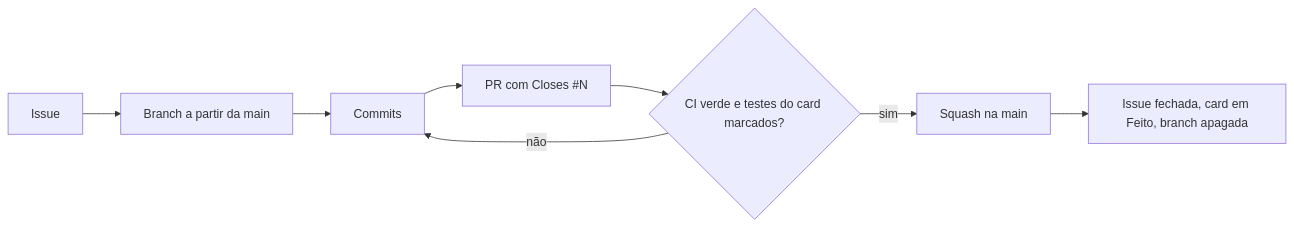
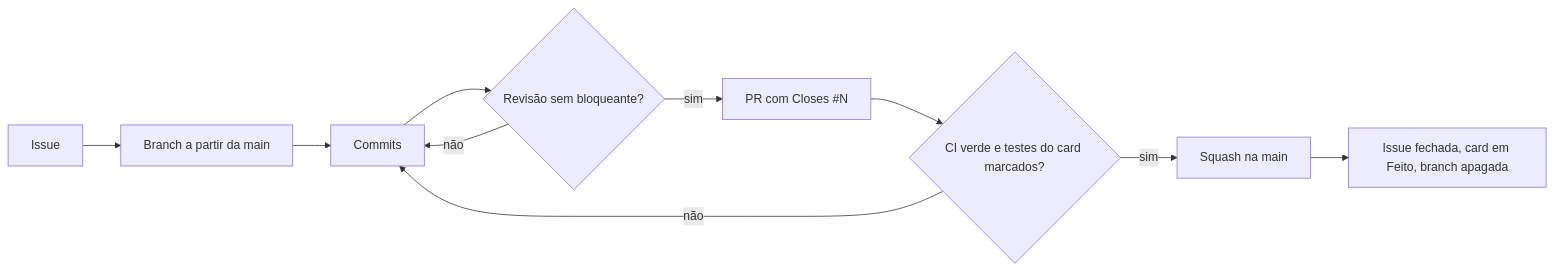
One commit to betoth/cantina changed the diagram in docs/conventions.md. Above: the diagram before and after it, drawn with Mermaid. The commit also changed other lines of this file and 7 other files, not shown here.

First line of the commit message:
feat(harness): add reviewer agent and wire it into the task flow (#5)

````diff
--- a/docs/conventions.md
+++ b/docs/conventions.md
@@ -26,10 +26,12 @@
 ```mermaid
 flowchart LR
     A[Issue] --> B[Branch a partir da main]
     B --> C[Commits]
-    C --> D[PR com Closes #N]
+    C --> R{Revisão sem bloqueante?}
+    R -- não --> C
+    R -- sim --> D[PR com Closes #N]
     D --> E{CI verde e testes do card marcados?}
     E -- não --> C
     E -- sim --> F[Squash na main]
     F --> G[Issue fechada, card em Feito, branch apagada]
 ```
````
